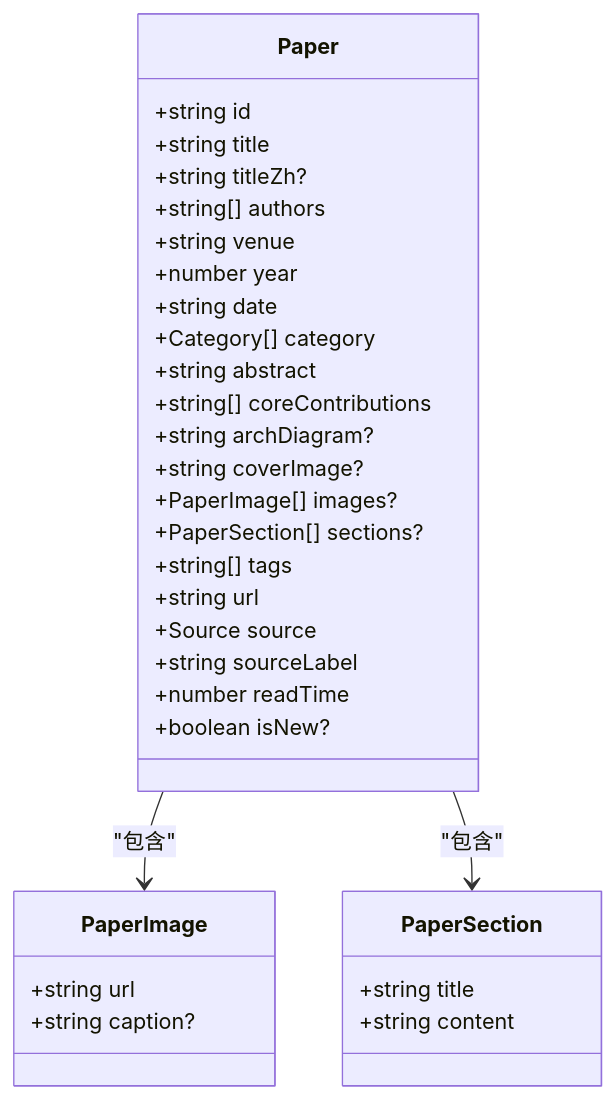
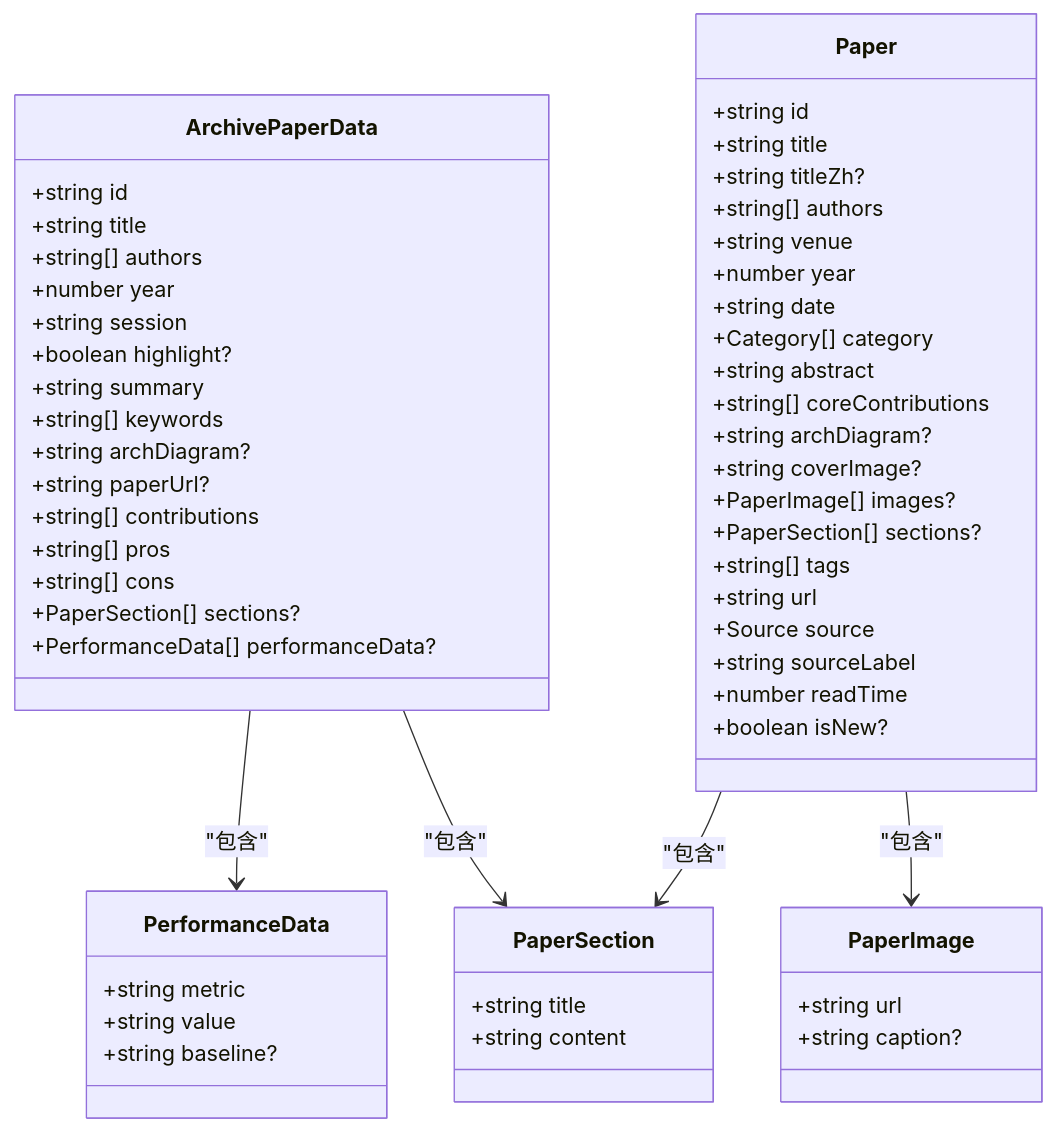
Before and after one commit to erikliu123/storage_ai_blog: the second of 10 diagrams in .qoder/repowiki/zh/content/数据模型/论文数据模型.md, drawn with Mermaid. The commit also changed other lines of this file and 61 other files, not shown here.

````diff
--- a/.qoder/repowiki/zh/content/数据模型/论文数据模型.md
+++ b/.qoder/repowiki/zh/content/数据模型/论文数据模型.md
@@ -143,35 +159,59 @@
 ```mermaid
 classDiagram
+class ArchivePaperData {
++string id
++string title
++string[] authors
++number year
++string session
++boolean highlight?
++string summary
++string[] keywords
++string archDiagram?
++string paperUrl?
++string[] contributions
++string[] pros
++string[] cons
++PaperSection[] sections?
++PerformanceData[] performanceData?
+}
+class PerformanceData {
++string metric
++string value
++string baseline?
+}
 class PaperImage {
 +string url
 +string caption?
 }
 class PaperSection {
 +string title
 +string content
 }
 class Paper {
 +string id
 +string title
 +string titleZh?
 +string[] authors
 +string venue
 +number year
 +string date
 +Category[] category
 +string abstract
 +string[] coreContributions
 +string archDiagram?
 +string coverImage?
 +PaperImage[] images?
 +PaperSection[] sections?
 +string[] tags
 +string url
 +Source source
 +string sourceLabel
 +number readTime
 +boolean isNew?
 }
+ArchivePaperData --> PaperSection : "包含"
+ArchivePaperData --> PerformanceData : "包含"
 Paper --> PaperImage : "包含"
 Paper --> PaperSection : "包含"
 ```
````
